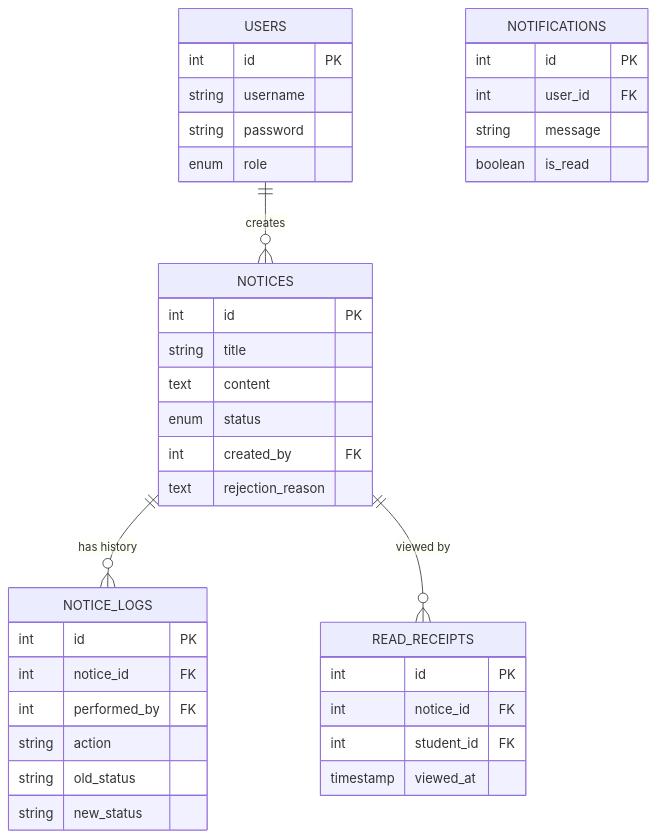
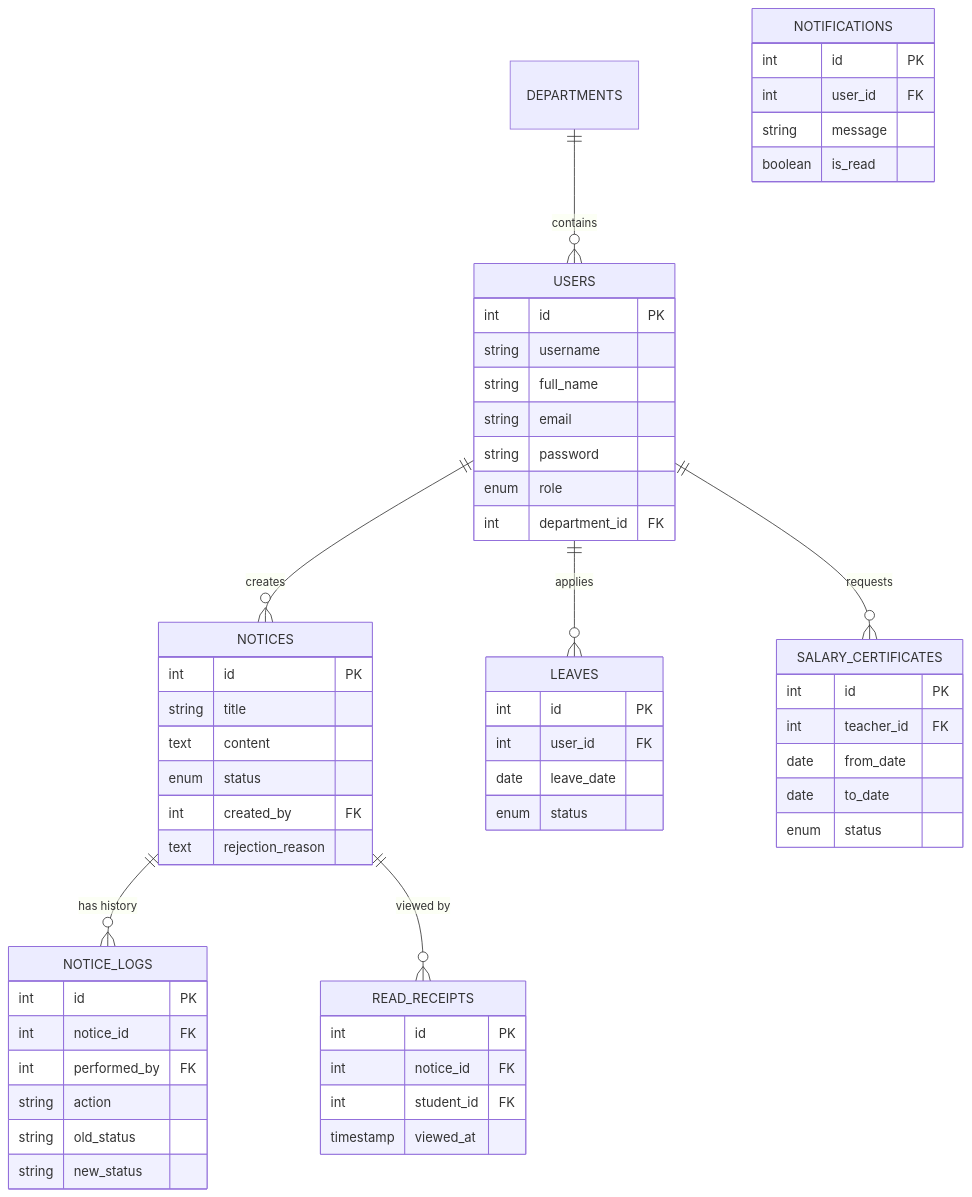
Before and after one commit to NikhilPatil2005/DocFlow-Pro---AvisPixel: the third of 3 diagrams in README.md, drawn with Mermaid. The commit also changed other lines of this file, not shown here.

Commit message:
feat: Update README to detail new features including leave management, salary requests, expanded roles, UI redesign, and an updated ER diagram.

````diff
--- a/README.md
+++ b/README.md
@@ -123,44 +126,66 @@
 ```mermaid
 erDiagram
     USERS ||--o{ NOTICES : "creates"
+    USERS ||--o{ LEAVES : "applies"
+    USERS ||--o{ SALARY_CERTIFICATES : "requests"
+    DEPARTMENTS ||--o{ USERS : "contains"
+    
     USERS {
         int id PK
         string username
+        string full_name
+        string email
         string password
         enum role
+        int department_id FK
     }
     
     NOTICES ||--o{ NOTICE_LOGS : "has history"
     NOTICES ||--o{ READ_RECEIPTS : "viewed by"
     NOTICES {
         int id PK
         string title
         text content
         enum status
         int created_by FK
         text rejection_reason
+    }
+
+    LEAVES {
+        int id PK
+        int user_id FK
+        date leave_date
+        enum status
+    }
+
+    SALARY_CERTIFICATES {
+        int id PK
+        int teacher_id FK
+        date from_date
+        date to_date
+        enum status
     }
 
     NOTICE_LOGS {
         int id PK
         int notice_id FK
         int performed_by FK
         string action
         string old_status
         string new_status
     }
 
     NOTIFICATIONS {
         int id PK
         int user_id FK
         string message
         boolean is_read
     }
 
     READ_RECEIPTS {
         int id PK
         int notice_id FK
         int student_id FK
         timestamp viewed_at
     }
 ```
````
